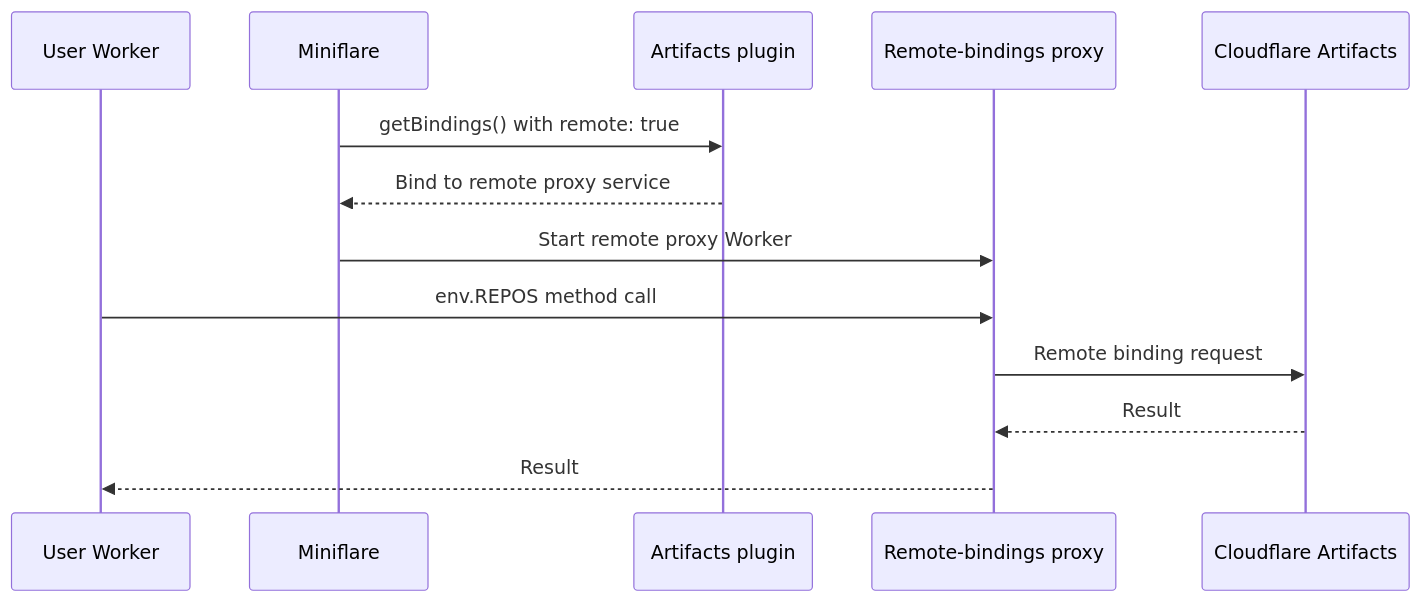
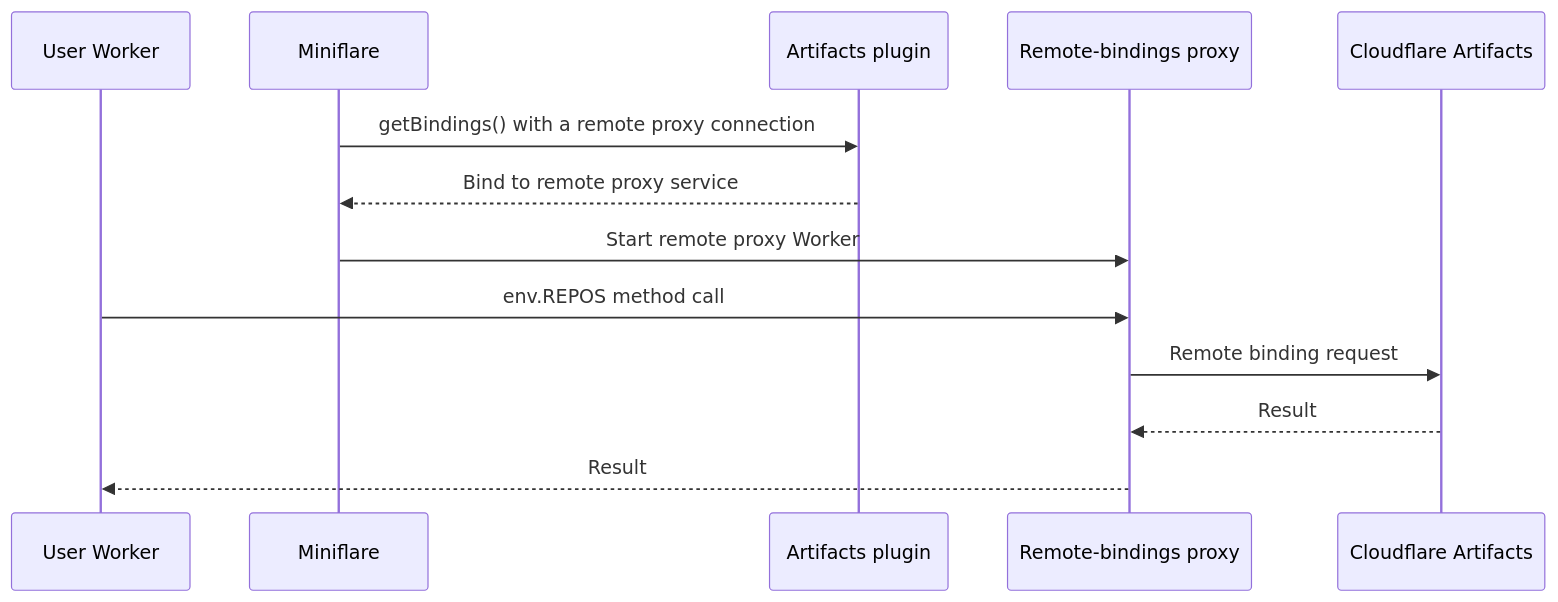
The fourth of 4 diagrams in packages/miniflare/src/plugins/artifacts/README.md (cloudflare/workers-sdk), drawn with Mermaid before and after one commit. The commit also changed other lines of this file and 7 other files, not shown here.

````diff
--- a/packages/miniflare/src/plugins/artifacts/README.md
+++ b/packages/miniflare/src/plugins/artifacts/README.md
@@ -150,16 +152,16 @@
 ```mermaid
 sequenceDiagram
     participant App as User Worker
     participant MF as Miniflare
     participant Plugin as Artifacts plugin
     participant Proxy as Remote-bindings proxy
     participant CF as Cloudflare Artifacts
 
-    MF->>Plugin: getBindings() with remote: true
+    MF->>Plugin: getBindings() with a remote proxy connection
     Plugin-->>MF: Bind to remote proxy service
     MF->>Proxy: Start remote proxy Worker
     App->>Proxy: env.REPOS method call
     Proxy->>CF: Remote binding request
     CF-->>Proxy: Result
     Proxy-->>App: Result
 ```
````
